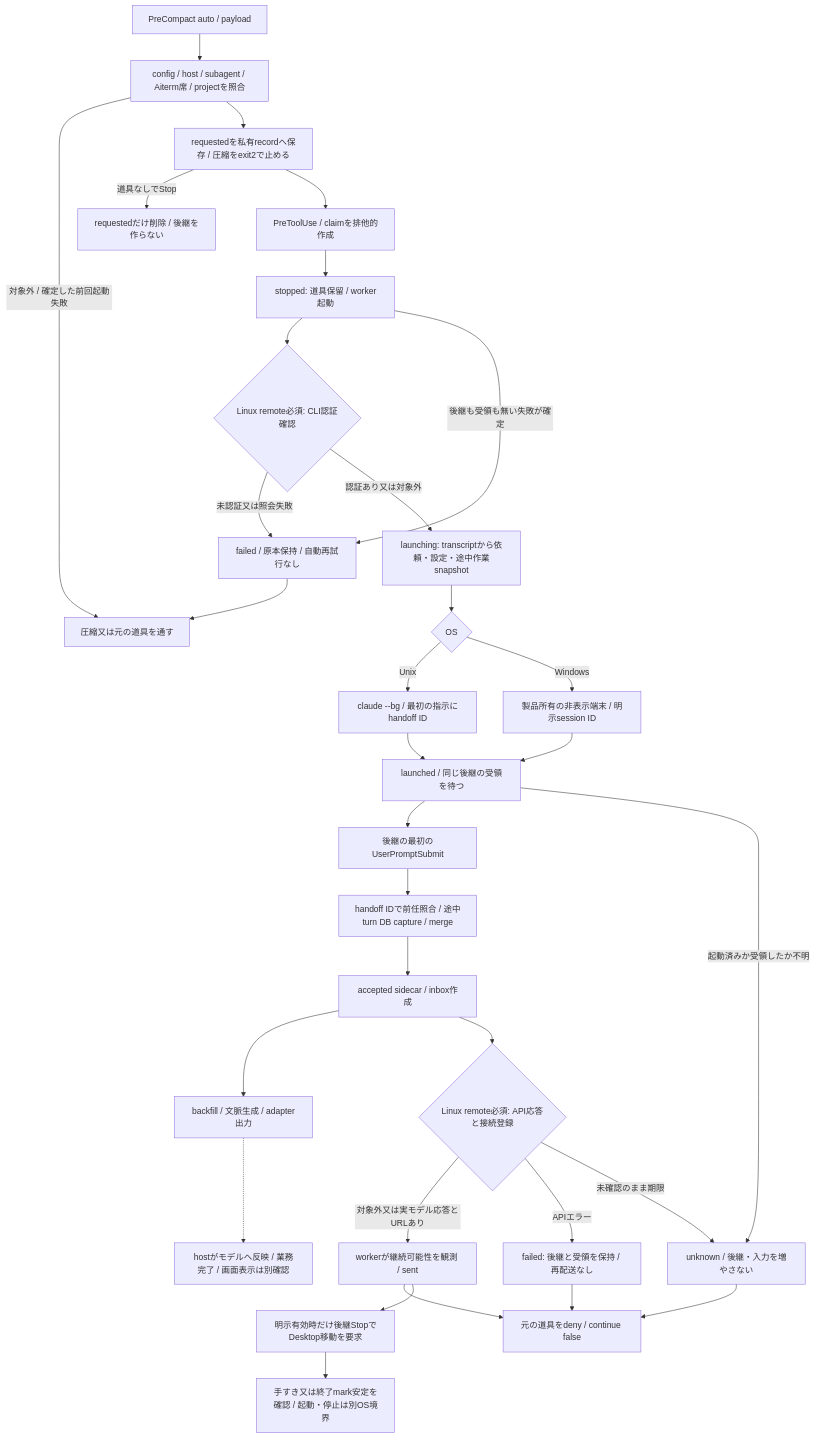
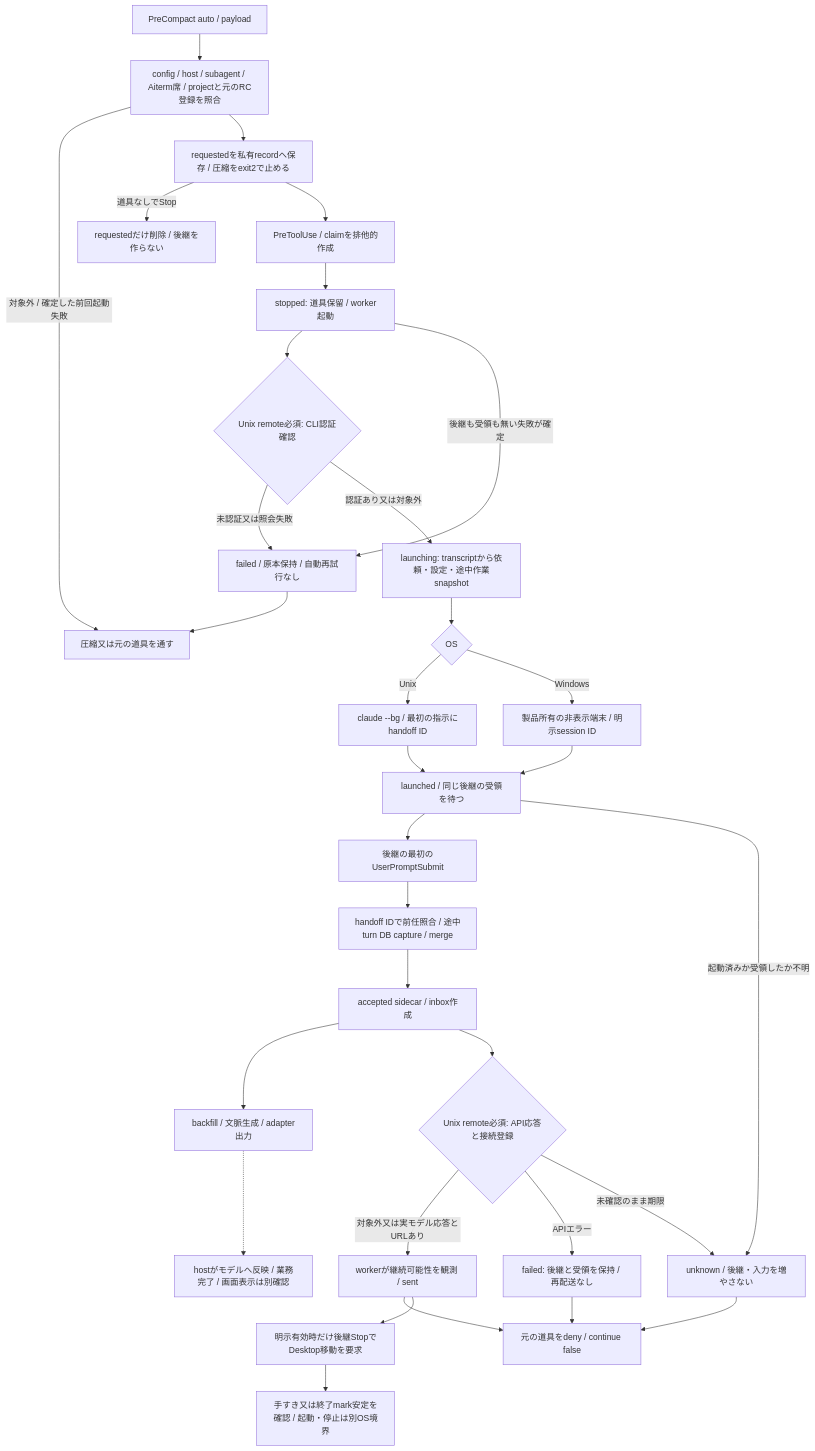
The first of 3 diagrams in docs/architecture/current-continuation.md (kitepon/Throughline), drawn with Mermaid before and after one commit. The commit also changed other lines of this file and 9 other files, not shown here.

````diff
--- a/docs/architecture/current-continuation.md
+++ b/docs/architecture/current-continuation.md
@@ -7,34 +7,34 @@
 ```mermaid
 flowchart TD
-  Compact[PreCompact auto / payload] --> Check[config / host / subagent / Aiterm席 / projectを照合]
+  Compact[PreCompact auto / payload] --> Check[config / host / subagent / Aiterm席 / projectと元のRC登録を照合]
   Check -->|対象外 / 確定した前回起動失敗| Continue[圧縮又は元の道具を通す]
   Check --> Request[requestedを私有recordへ保存 / 圧縮をexit2で止める]
   Request -->|道具なしでStop| Withdraw[requestedだけ削除 / 後継を作らない]
   Request --> Tool[PreToolUse / claimを排他的作成]
   Tool --> Stopped[stopped: 道具保留 / worker起動]
-  Stopped --> Auth{Linux remote必須: CLI認証確認}
+  Stopped --> Auth{Unix remote必須: CLI認証確認}
   Auth -->|未認証又は照会失敗| Failed
   Auth -->|認証あり又は対象外| Snapshot[launching: transcriptから依頼・設定・途中作業snapshot]
   Snapshot --> OS{OS}
   OS -->|Unix| BG[claude --bg / 最初の指示にhandoff ID]
   OS -->|Windows| PTY[製品所有の非表示端末 / 明示session ID]
   BG --> Launched[launched / 同じ後継の受領を待つ]
   PTY --> Launched
   Launched --> First[後継の最初のUserPromptSubmit]
   First --> Capture[handoff IDで前任照合 / 途中turn DB capture / merge]
   Capture --> Accept[accepted sidecar / inbox作成]
   Accept --> Context[backfill / 文脈生成 / adapter出力]
-  Accept --> Ready{Linux remote必須: API応答と接続登録}
+  Accept --> Ready{Unix remote必須: API応答と接続登録}
   Ready -->|対象外又は実モデル応答とURLあり| Sent[workerが継続可能性を観測 / sent]
   Ready -->|APIエラー| FailedTarget[failed: 後継と受領を保持 / 再配送なし]
   Ready -->|未確認のまま期限| Unknown
   FailedTarget --> Deny
   Sent --> Deny[元の道具をdeny / continue false]
   Launched -->|起動済みか受領したか不明| Unknown[unknown / 後継・入力を増やさない]
   Unknown --> Deny
   Stopped -->|後継も受領も無い失敗が確定| Failed[failed / 原本保持 / 自動再試行なし]
   Failed --> Continue
   Context -.-> Host[hostがモデルへ反映 / 業務完了 / 画面表示は別確認]
   Sent --> Desktop[明示有効時だけ後継StopでDesktop移動を要求]
   Desktop --> Idle[手すき又は終了mark安定を確認 / 起動・停止は別OS境界]
 ```
````
